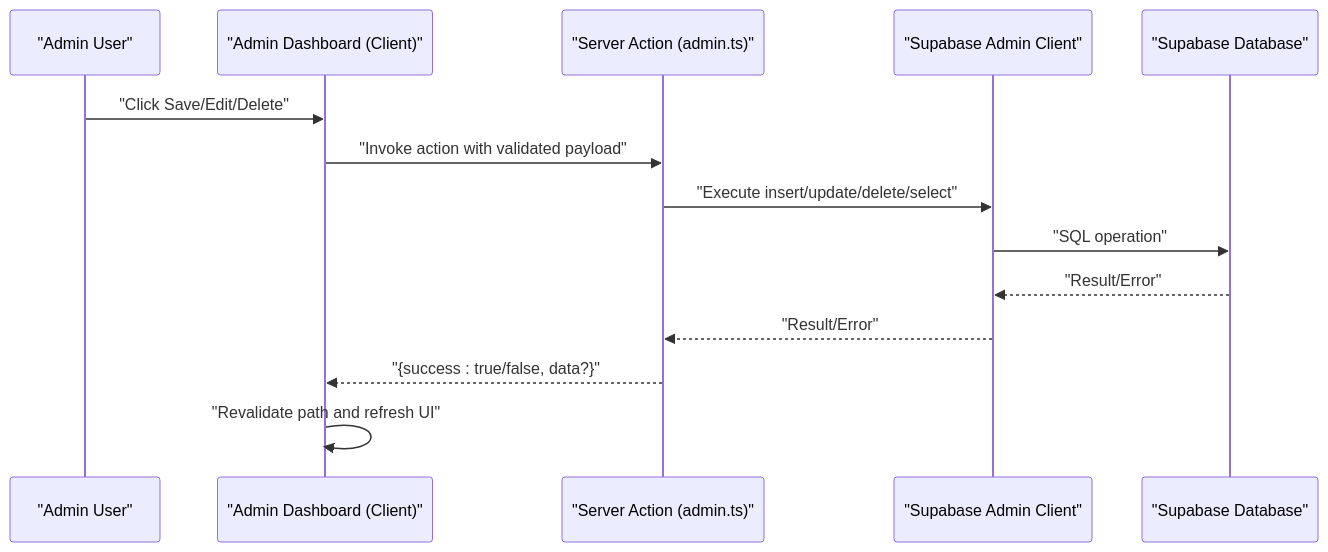
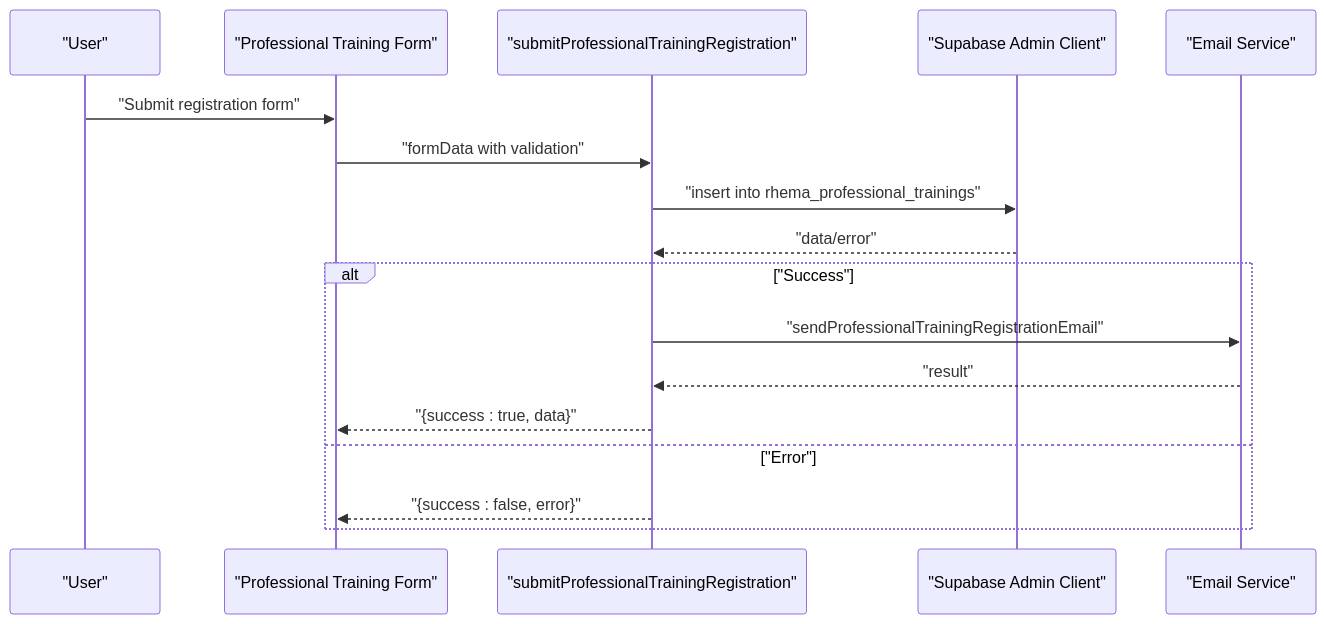
One commit to Black-box01/rhemaexpertsolutions changed the second of 10 diagrams in .qoder/repowiki/en/content/Server Actions and Data Management/Server Actions and Data Management.md. Above: the diagram before and after it, drawn with Mermaid. The commit also changed other lines of this file and 22 other files, not shown here.

First line of the commit message:
feat(professional-trainings): add professional training registration system

````diff
--- a/.qoder/repowiki/en/content/Server Actions and Data Management/Server Actions and Data Management.md
+++ b/.qoder/repowiki/en/content/Server Actions and Data Management/Server Actions and Data Management.md
@@ -110,16 +127,19 @@
 ```mermaid
 sequenceDiagram
-participant U as "Admin User"
-participant UI as "Admin Dashboard (Client)"
-participant SA as "Server Action (admin.ts)"
+participant U as "User"
+participant PT as "Professional Training Form"
+participant SA as "submitProfessionalTrainingRegistration"
 participant SC as "Supabase Admin Client"
-participant DB as "Supabase Database"
-U->>UI : "Click Save/Edit/Delete"
-UI->>SA : "Invoke action with validated payload"
-SA->>SC : "Execute insert/update/delete/select"
-SC->>DB : "SQL operation"
-DB-->>SC : "Result/Error"
-SC-->>SA : "Result/Error"
-SA-->>UI : "{success : true/false, data?}"
-UI->>UI : "Revalidate path and refresh UI"
+participant EM as "Email Service"
+U->>PT : "Submit registration form"
+PT->>SA : "formData with validation"
+SA->>SC : "insert into rhema_professional_trainings"
+SC-->>SA : "data/error"
+alt "Success"
+SA->>EM : "sendProfessionalTrainingRegistrationEmail"
+EM-->>SA : "result"
+SA-->>PT : "{success : true, data}"
+else "Error"
+SA-->>PT : "{success : false, error}"
+end
 ```
````
